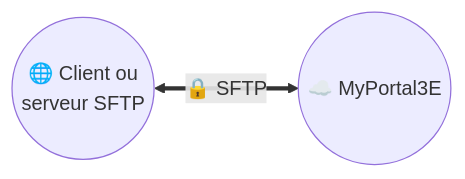
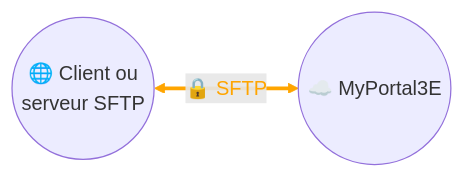
The diagram in docs/data/Collecte de données - Echange par SFTP.md (JohannPx/network-architectures), drawn with Mermaid before and after one commit. The commit also changed other lines of this file and 8 other files, not shown here.

````diff
--- a/docs/data/Collecte de données - Echange par SFTP.md
+++ b/docs/data/Collecte de données - Echange par SFTP.md
@@ -5,7 +5,8 @@
 ```mermaid
 flowchart LR
 
     customer((🌐 Client ou
     serveur SFTP)) <== 🔒 SFTP ==> myportal3e((☁️ MyPortal3E))
 
+    linkStyle 0 stroke:orange,stroke-width:3px,color:orange;
 ```
````
